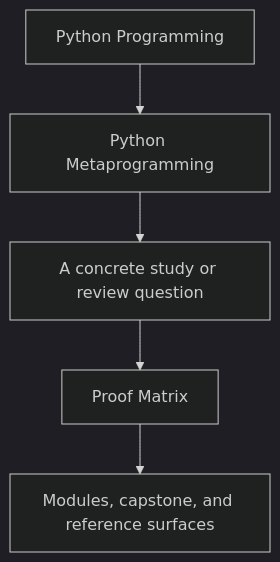
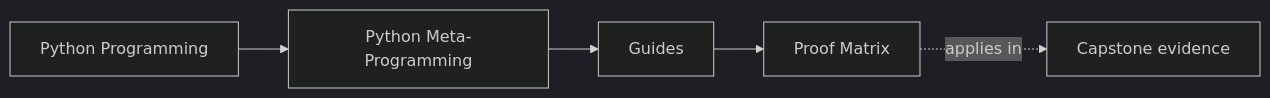
One commit to bijux/bijux-masterclass changed the first of 2 diagrams in programs/python-programming/python-meta-programming/course-book/guides/proof-matrix.md. Above: the diagram before and after it, drawn with Mermaid (dark theme). The commit also changed other lines of this file and 55 other files, not shown here.

Commit message:
docs(python-meta-programming): map runtime foundations and inspection routes

````diff
--- a/programs/python-programming/python-meta-programming/course-book/guides/proof-matrix.md
+++ b/programs/python-programming/python-meta-programming/course-book/guides/proof-matrix.md
@@ -6,7 +6,11 @@
 ```mermaid
-flowchart TD
-  family["Python Programming"] --> program["Python Metaprogramming"]
-  program --> pressure["A concrete study or review question"]
-  pressure --> guide["Proof Matrix"]
-  guide --> next["Modules, capstone, and reference surfaces"]
+graph LR
+  family["Python Programming"]
+  program["Python Meta-Programming"]
+  section["Guides"]
+  page["Proof Matrix"]
+  capstone["Capstone evidence"]
+
+  family --> program --> section --> page
+  page -.applies in.-> capstone
 ```
````
